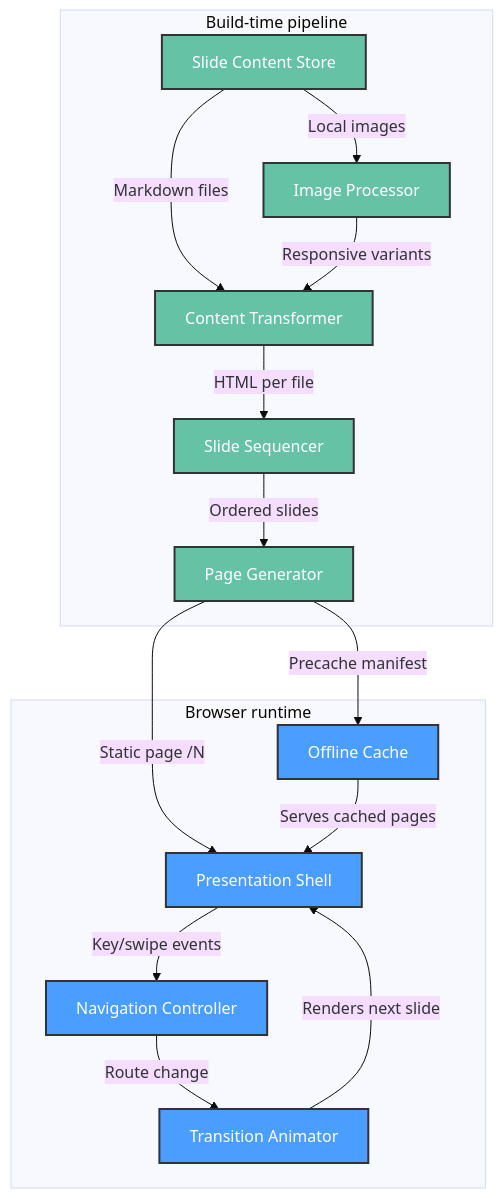
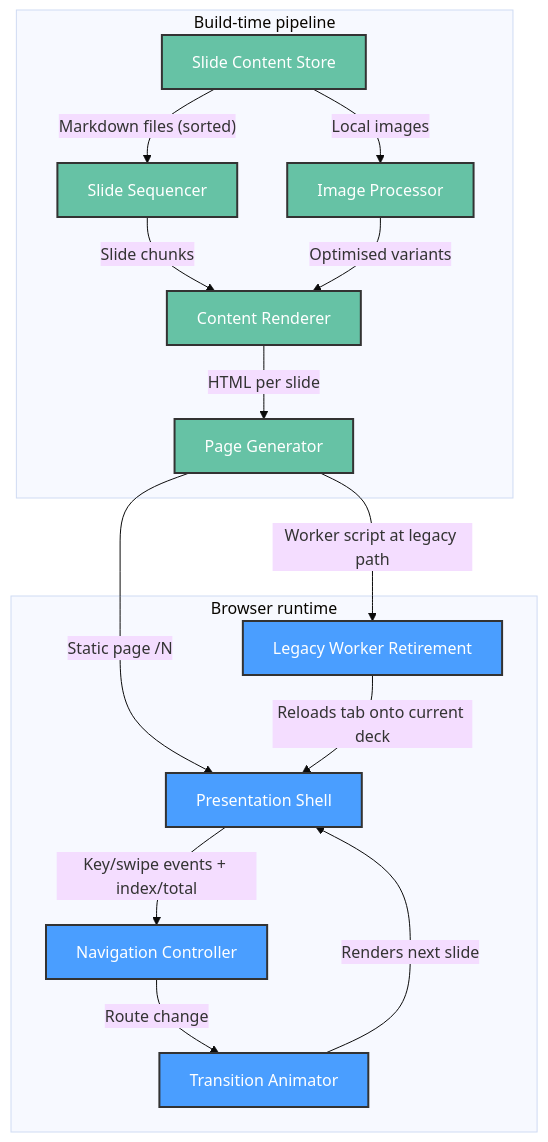
Before and after one commit to sshahar1/introduction-to-data-engineering: the diagram in .specify/architect/views/system/functional.md, drawn with Mermaid (base theme). The commit also changed other lines of this file and 7 other files, not shown here.

First line of the commit message:
docs: regenerate AD.md for the Astro architecture (T033)

````diff
--- a/.specify/architect/views/system/functional.md
+++ b/.specify/architect/views/system/functional.md
@@ -37,35 +38,35 @@
 ```mermaid
 graph TD
     subgraph Build["Build-time pipeline"]
         Content["Slide Content Store"]
-        Transformer["Content Transformer"]
+        Sequencer["Slide Sequencer"]
+        Renderer["Content Renderer"]
         Images["Image Processor"]
-        Sequencer["Slide Sequencer"]
         Pages["Page Generator"]
     end
 
     subgraph Runtime["Browser runtime"]
         Shell["Presentation Shell"]
         Nav["Navigation Controller"]
         Anim["Transition Animator"]
-        Cache["Offline Cache"]
+        Retire["Legacy Worker Retirement"]
     end
 
-    Content -->|"Markdown files"| Transformer
+    Content -->|"Markdown files (sorted)"| Sequencer
     Content -->|"Local images"| Images
-    Images -->|"Responsive variants"| Transformer
-    Transformer -->|"HTML per file"| Sequencer
-    Sequencer -->|"Ordered slides"| Pages
+    Sequencer -->|"Slide chunks"| Renderer
+    Images -->|"Optimised variants"| Renderer
+    Renderer -->|"HTML per slide"| Pages
     Pages -->|"Static page /N"| Shell
-    Pages -->|"Precache manifest"| Cache
-    Cache -->|"Serves cached pages"| Shell
-    Shell -->|"Key/swipe events"| Nav
+    Pages -->|"Worker script at legacy path"| Retire
+    Shell -->|"Key/swipe events + index/total"| Nav
     Nav -->|"Route change"| Anim
     Anim -->|"Renders next slide"| Shell
+    Retire -->|"Reloads tab onto current deck"| Shell
 
     classDef buildNode fill:#66c2a5,stroke:#333,stroke-width:2px,color:#fff
     classDef runtimeNode fill:#4a9eff,stroke:#333,stroke-width:2px,color:#fff
 
-    class Content,Transformer,Images,Sequencer,Pages buildNode
-    class Shell,Nav,Anim,Cache runtimeNode
+    class Content,Sequencer,Renderer,Images,Pages buildNode
+    class Shell,Nav,Anim,Retire runtimeNode
 ```
````
